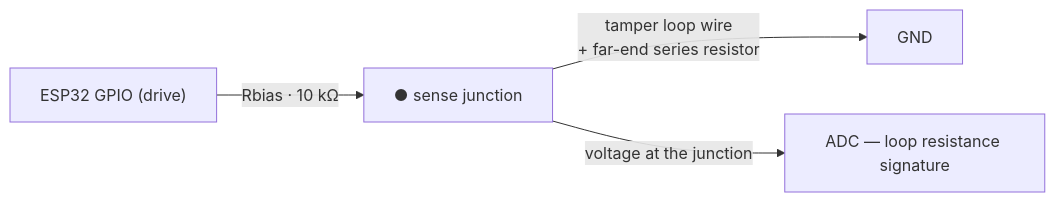
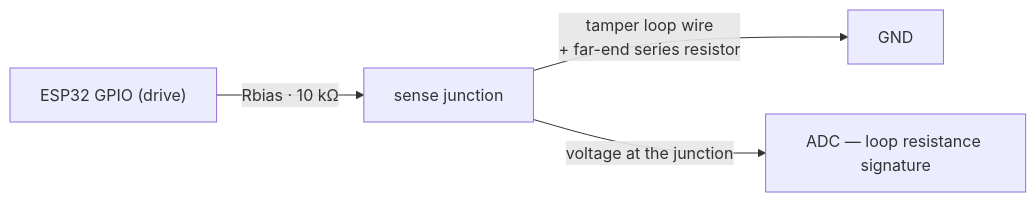
Before and after one commit to qppd/smart-collar: the first of 2 diagrams in docs/TAMPER.md, drawn with Mermaid. The commit also changed other lines of this file and 17 other files, not shown here.

First line of the commit message:
Docs: complete offline-first build guide with wiring diagram and Map Pack

````diff
--- a/docs/TAMPER.md
+++ b/docs/TAMPER.md
@@ -17,6 +17,6 @@
 ```mermaid
 flowchart LR
-    GPIO["ESP32 GPIO (drive)"] -- "Rbias · 10 kΩ" --> NODE["● sense junction"]
+    GPIO["ESP32 GPIO (drive)"] -- "Rbias · 10 kΩ" --> NODE["sense junction"]
     NODE -- "tamper loop wire<br/>+ far-end series resistor" --> GND["GND"]
     NODE -- "voltage at the junction" --> ADC["ADC — loop resistance signature"]
 ```
````
